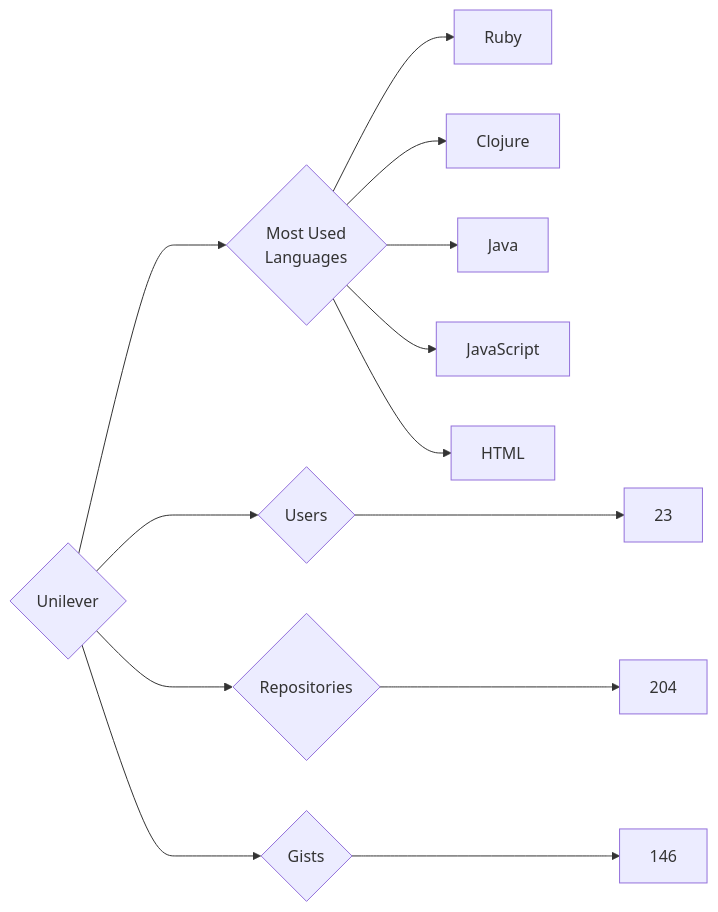
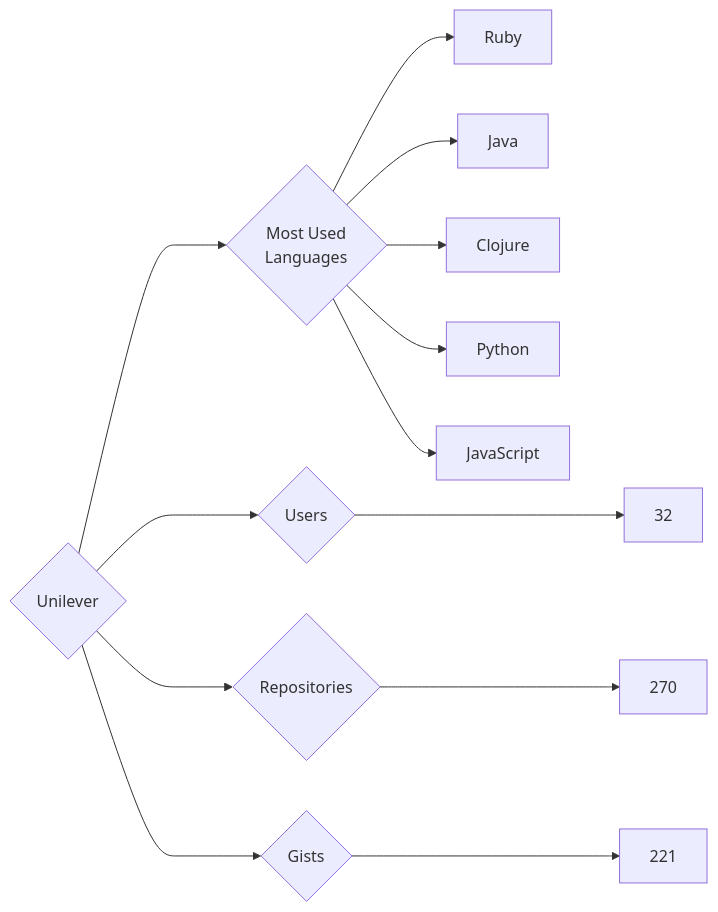
One commit to trickest/insiders changed the diagram in targets/Unilever/README.md. Above: the diagram before and after it, drawn with Mermaid. The commit also changed 895 other files, not shown here.

````diff
--- a/targets/Unilever/README.md
+++ b/targets/Unilever/README.md
@@ -3,13 +3,13 @@
 ```mermaid
 graph LR
 COMPANY_NAME{Unilever}
-COMPANY_NAME ---> U{Users} ---> UN[23]
-COMPANY_NAME ---> R{Repositories} ---> RN[204]
-COMPANY_NAME ---> G{Gists} ---> GN[146]
+COMPANY_NAME ---> U{Users} ---> UN[32]
+COMPANY_NAME ---> R{Repositories} ---> RN[270]
+COMPANY_NAME ---> G{Gists} ---> GN[221]
 COMPANY_NAME ---> ML{Most Used<br>Languages}
 ML --> Ruby[Ruby]
+ML --> Java[Java]
 ML --> Clojure[Clojure]
-ML --> Java[Java]
+ML --> Python[Python]
 ML --> JavaScript[JavaScript]
-ML --> HTML[HTML]
 ```
````
